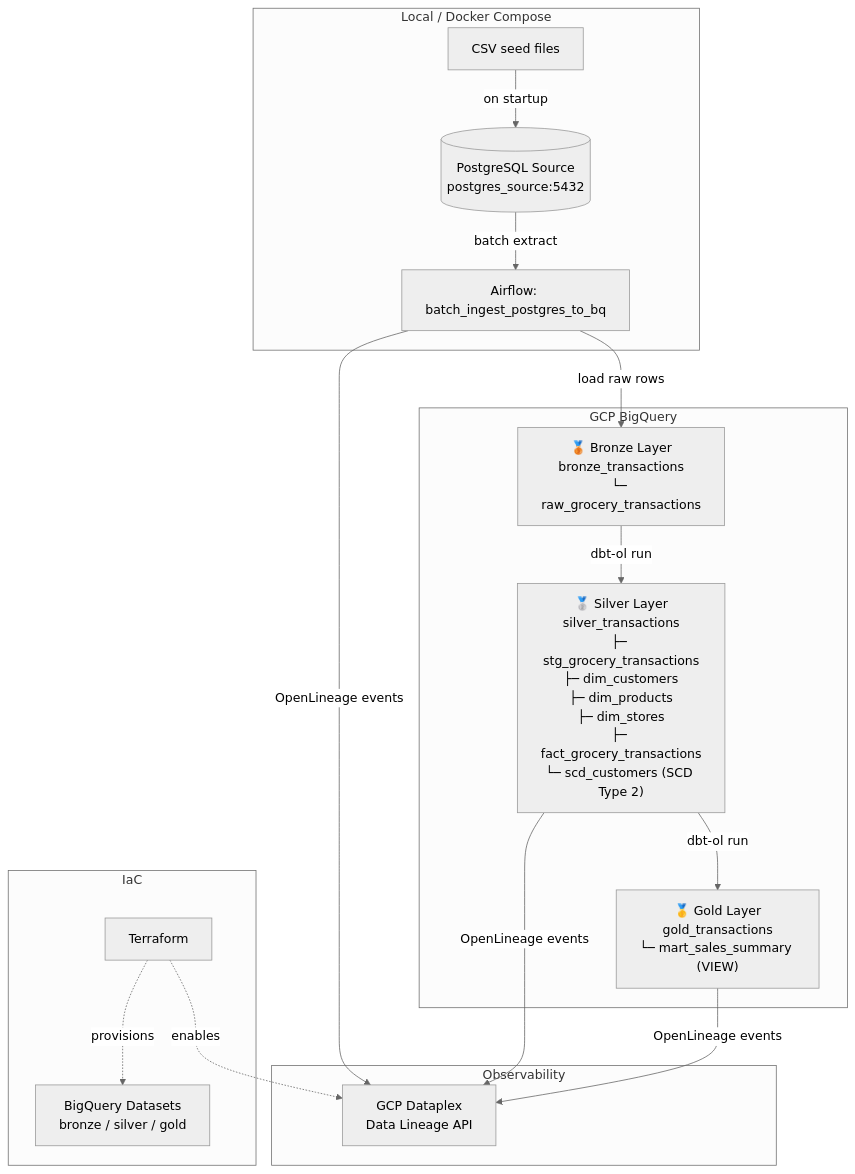
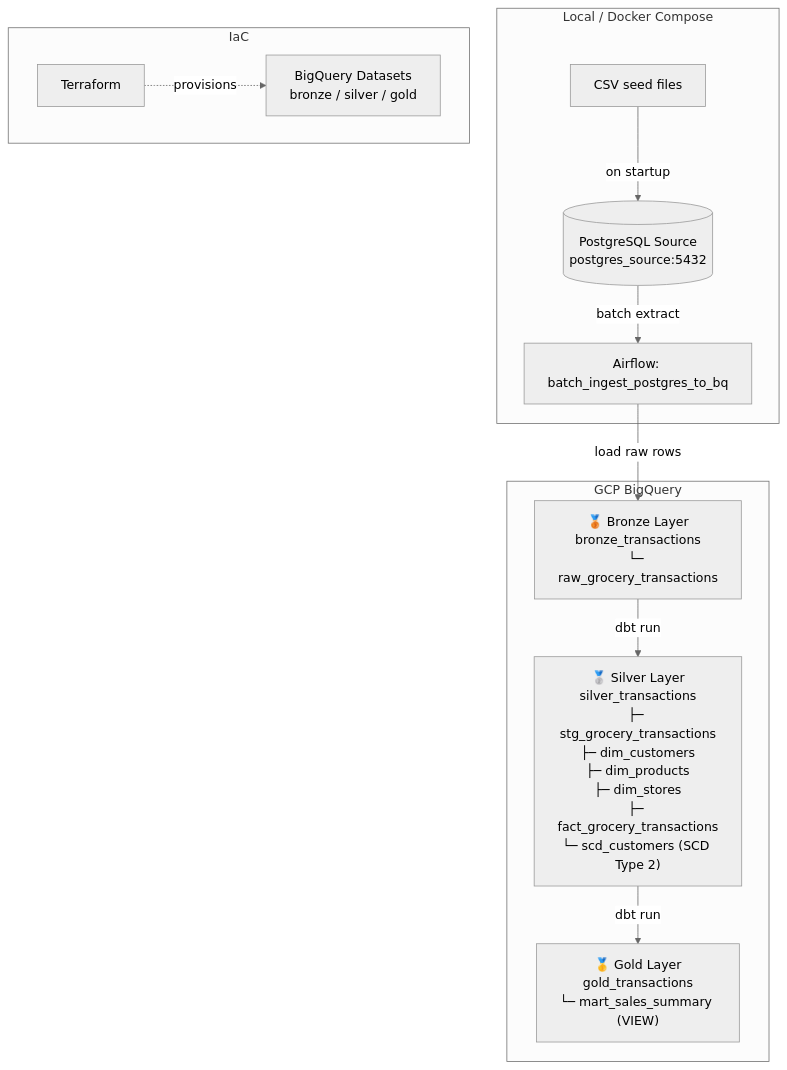
One commit to realrme/GCP-E2E-DATA-PIPEPLINE changed the diagram in README.md. Above: the diagram before and after it, drawn with Mermaid (neutral theme). The commit also changed other lines of this file, not shown here.

````diff
--- a/README.md
+++ b/README.md
@@ -9,24 +9,17 @@
 ```mermaid
 graph TD
     subgraph "Local / Docker Compose"
         CSV[CSV seed files] -->|on startup| PG[(PostgreSQL Source\npostgres_source:5432)]
         PG -->|batch extract| INGEST[Airflow: batch_ingest_postgres_to_bq]
     end
 
     subgraph "GCP BigQuery"
         INGEST -->|load raw rows| BRONZE["🥉 Bronze Layer\nbronze_transactions\n└─ raw_grocery_transactions"]
-        BRONZE -->|dbt-ol run| SILVER["🥈 Silver Layer\nsilver_transactions\n├─ stg_grocery_transactions\n├─ dim_customers\n├─ dim_products\n├─ dim_stores\n├─ fact_grocery_transactions\n└─ scd_customers (SCD Type 2)"]
-        SILVER -->|dbt-ol run| GOLD["🥇 Gold Layer\ngold_transactions\n└─ mart_sales_summary (VIEW)"]
-    end
-
-    subgraph "Observability"
-        INGEST -->|OpenLineage events| DPX[GCP Dataplex\nData Lineage API]
-        SILVER -->|OpenLineage events| DPX
-        GOLD -->|OpenLineage events| DPX
+        BRONZE -->|dbt run| SILVER["🥈 Silver Layer\nsilver_transactions\n├─ stg_grocery_transactions\n├─ dim_customers\n├─ dim_products\n├─ dim_stores\n├─ fact_grocery_transactions\n└─ scd_customers (SCD Type 2)"]
+        SILVER -->|dbt run| GOLD["🥇 Gold Layer\ngold_transactions\n└─ mart_sales_summary (VIEW)"]
     end
 
     subgraph "IaC"
         TF[Terraform] -.->|provisions| BQ_DS[BigQuery Datasets\nbronze / silver / gold]
-        TF -.->|enables| DPX
     end
 ```
````
